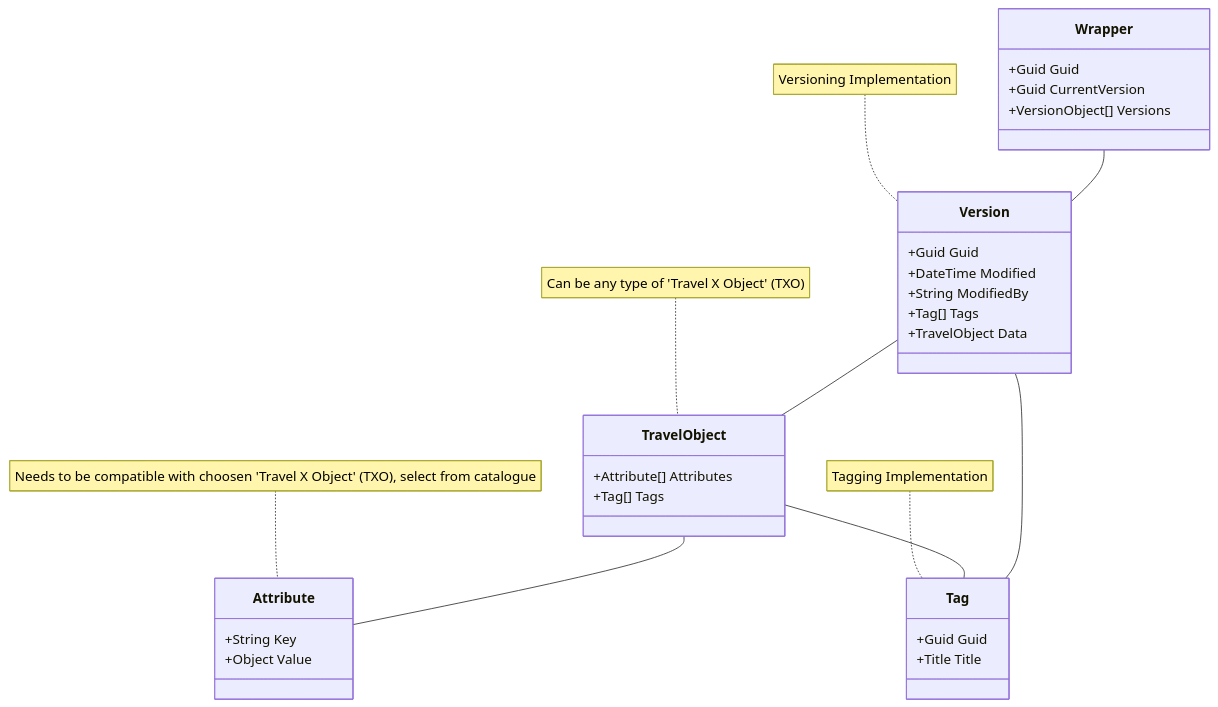
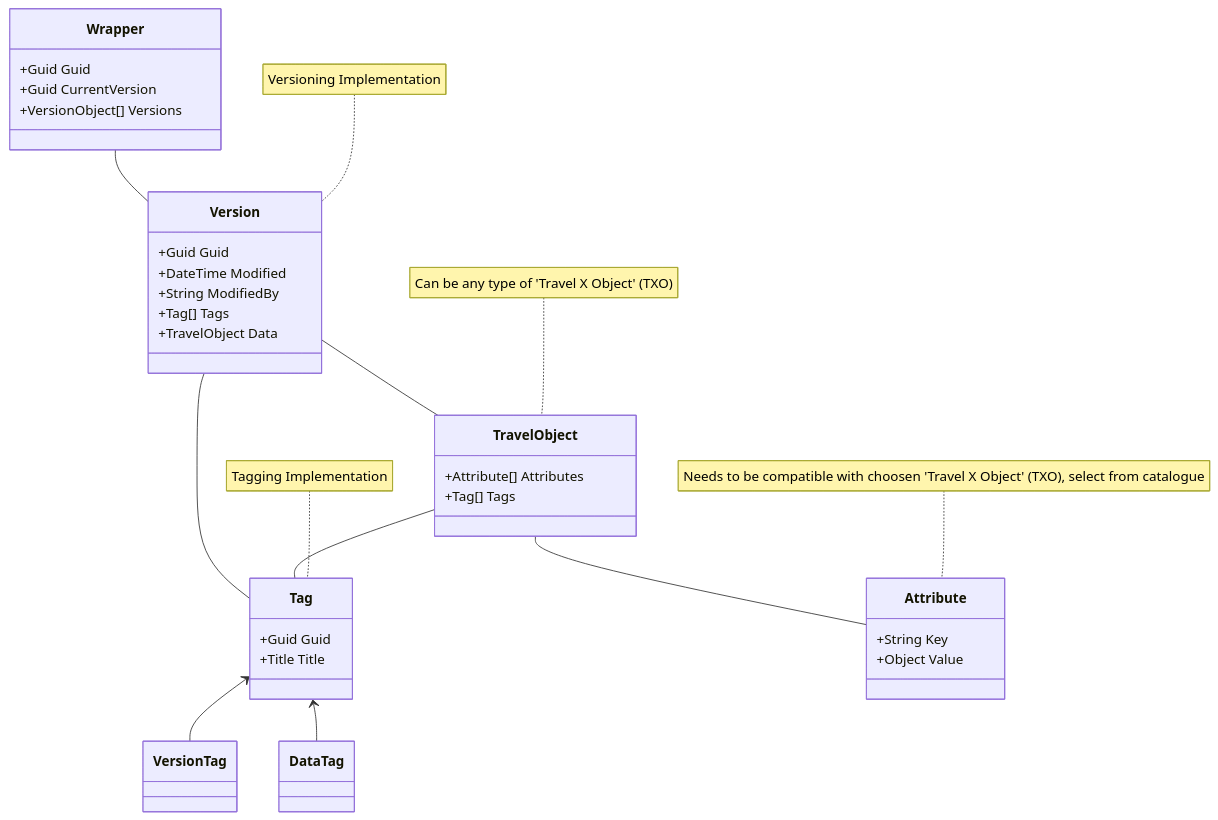
Before and after one commit to OSSTRA/TXDM: the diagram in Travel Object TO.md, drawn with Mermaid.

Commit message:
Update Travel Object TO.md

````diff
--- a/Travel Object TO.md
+++ b/Travel Object TO.md
@@ -14,36 +14,38 @@
 ```mermaid
 classDiagram
 Wrapper -- Version
 Tag -- Version
 Version -- TravelObject
 TravelObject -- Attribute
 TravelObject -- Tag
+Tag <-- VersionTag
+Tag <-- DataTag
     class Wrapper{
       +Guid Guid
       +Guid CurrentVersion
       +VersionObject[] Versions
     }
     class Version{
       +Guid Guid
       +DateTime Modified
       +String ModifiedBy
       +Tag[] Tags
       +TravelObject Data
     }
     class Tag{
         +Guid Guid
         +Title Title
     }
     class TravelObject{
         +Attribute[] Attributes
         +Tag[] Tags
     }
     class Attribute{
         +String Key
         +Object Value
     }
     note for Version "Versioning Implementation"
     note for Tag "Tagging Implementation"
     note for TravelObject "Can be any type of 'Travel X Object' (TXO)"
     note for Attribute "Needs to be compatible with choosen 'Travel X Object' (TXO), select from catalogue"
 ```
````
